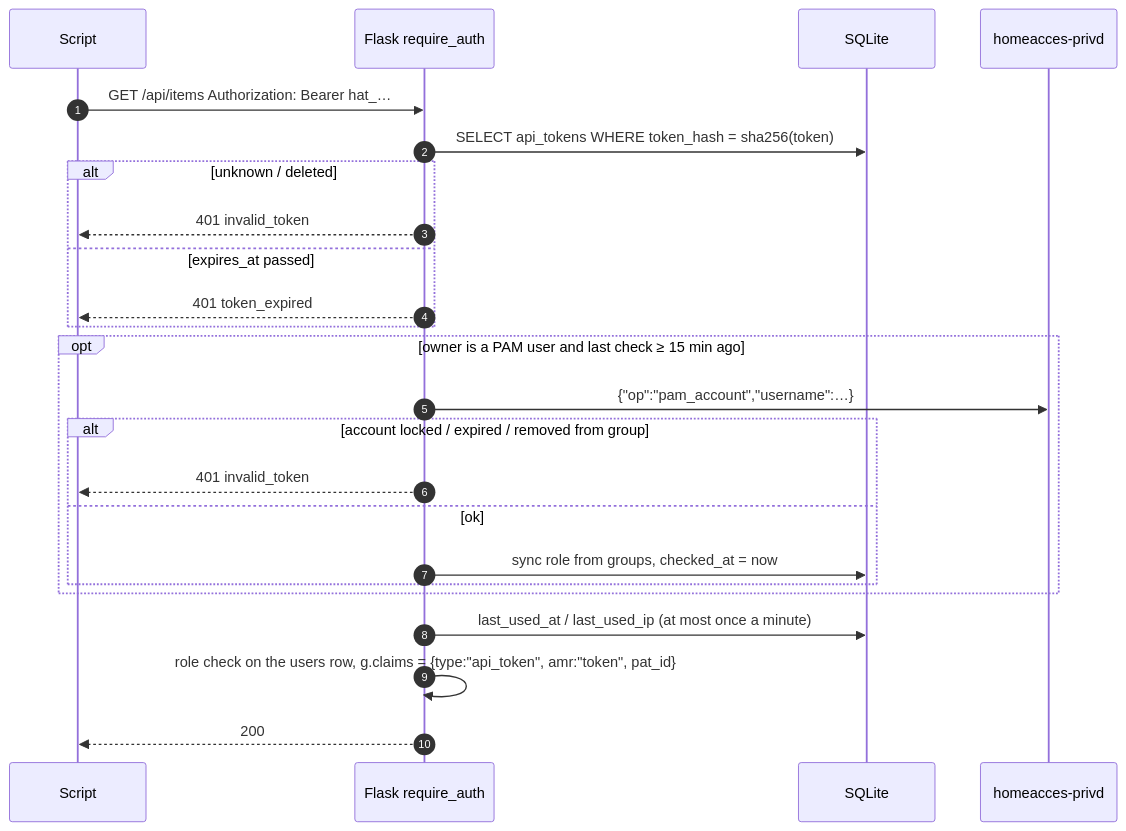
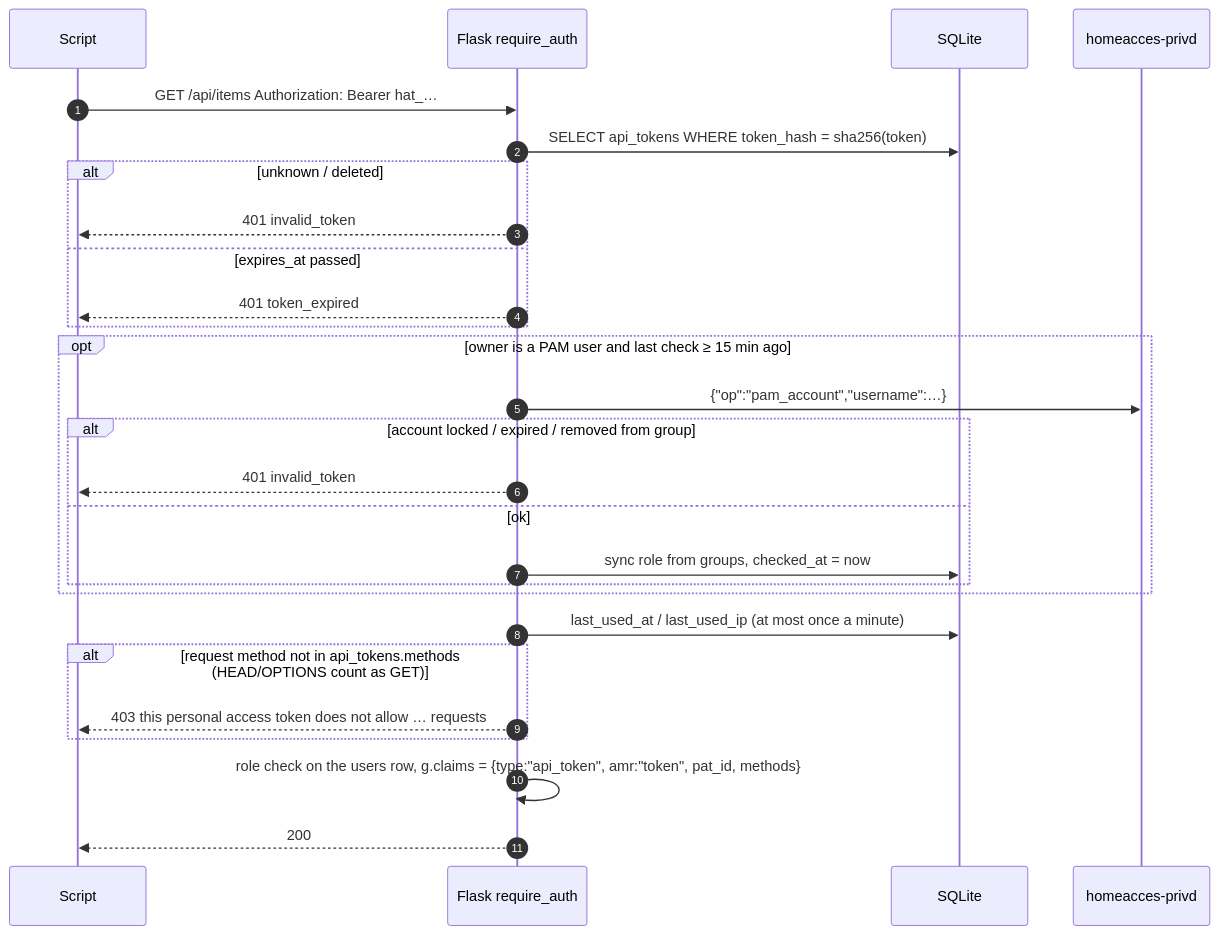
Before and after one commit to juanecito/Home_Access_Web: the tenth of 11 diagrams in doc/04-authentication.md, drawn with Mermaid. The commit also changed other lines of this file and 11 other files, not shown here.

Commit message:
Add token granularity, Read-Only, GET, POST, ...

````diff
--- a/doc/04-authentication.md
+++ b/doc/04-authentication.md
@@ -379,27 +379,30 @@
 ```mermaid
 sequenceDiagram
     autonumber
     participant S as Script
     participant A as Flask require_auth
     participant D as SQLite
     participant P as homeacces-privd
 
     S->>A: GET /api/items  Authorization: Bearer hat_…
     A->>D: SELECT api_tokens WHERE token_hash = sha256(token)
     alt unknown / deleted
         A-->>S: 401 invalid_token
     else expires_at passed
         A-->>S: 401 token_expired
     end
     opt owner is a PAM user and last check ≥ 15 min ago
         A->>P: {"op":"pam_account","username":…}
         alt account locked / expired / removed from group
             A-->>S: 401 invalid_token
         else ok
             A->>D: sync role from groups, checked_at = now
         end
     end
     A->>D: last_used_at / last_used_ip (at most once a minute)
-    A->>A: role check on the users row, g.claims = {type:"api_token", amr:"token", pat_id}
+    alt request method not in api_tokens.methods (HEAD/OPTIONS count as GET)
+        A-->>S: 403 this personal access token does not allow … requests
+    end
+    A->>A: role check on the users row, g.claims = {type:"api_token", amr:"token", pat_id, methods}
     A-->>S: 200
 ```
````
